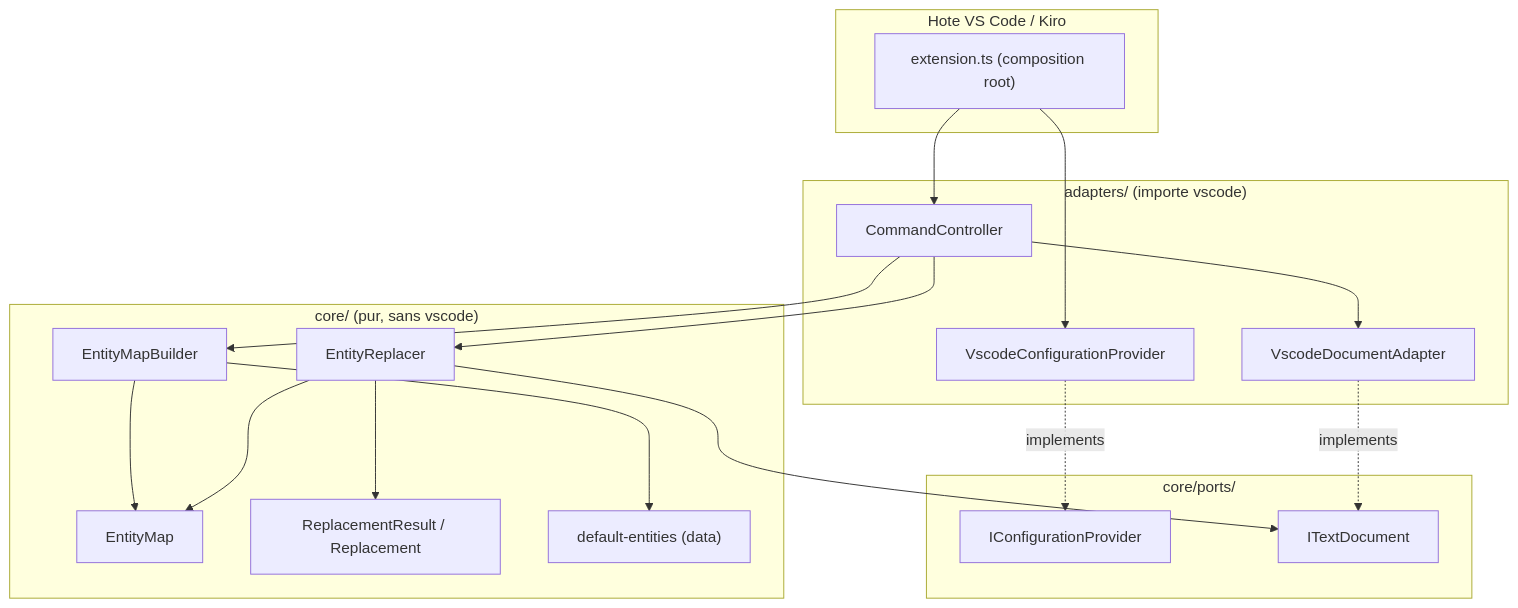
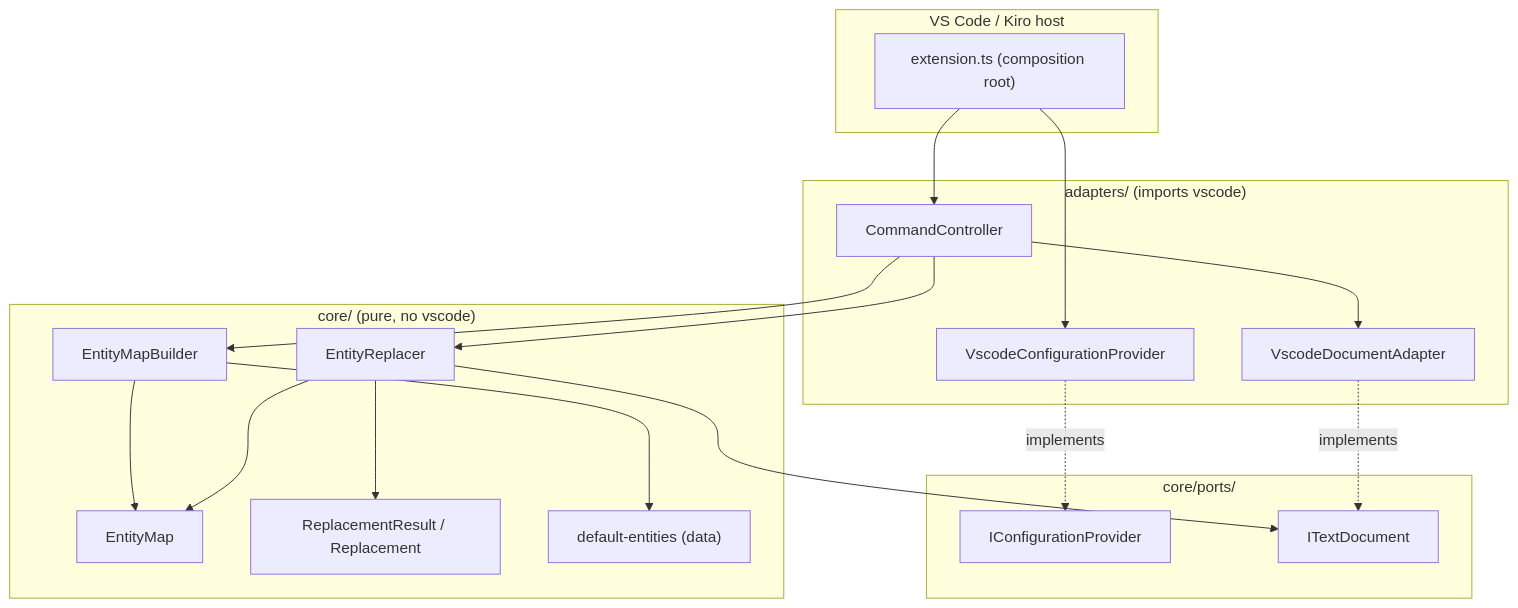
Before and after one commit to ducks-project/htmlentityswaper: the first of 2 diagrams in docs/architecture.md, drawn with Mermaid. The commit also changed other lines of this file and 25 other files, not shown here.

````diff
--- a/docs/architecture.md
+++ b/docs/architecture.md
@@ -21,38 +21,38 @@
 ```mermaid
 flowchart TD
-  subgraph Hote["Hote VS Code / Kiro"]
+  subgraph Host["VS Code / Kiro host"]
     EXT["extension.ts (composition root)"]
   end
 
-  subgraph Adapters["adapters/ (importe vscode)"]
+  subgraph Adapters["adapters/ (imports vscode)"]
     CC["CommandController"]
     VCP["VscodeConfigurationProvider"]
     VDA["VscodeDocumentAdapter"]
   end
 
   subgraph Ports["core/ports/"]
     ICP["IConfigurationProvider"]
     ITD["ITextDocument"]
   end
 
-  subgraph Core["core/ (pur, sans vscode)"]
+  subgraph Core["core/ (pure, no vscode)"]
     EMB["EntityMapBuilder"]
     EM["EntityMap"]
     ER["EntityReplacer"]
     RR["ReplacementResult / Replacement"]
     DE["default-entities (data)"]
   end
 
   EXT --> CC
   EXT --> VCP
   CC --> VDA
   CC --> EMB
   CC --> ER
   VCP -. implements .-> ICP
   VDA -. implements .-> ITD
   EMB --> EM
   EMB --> DE
   ER --> EM
   ER --> ITD
   ER --> RR
 ```
````
